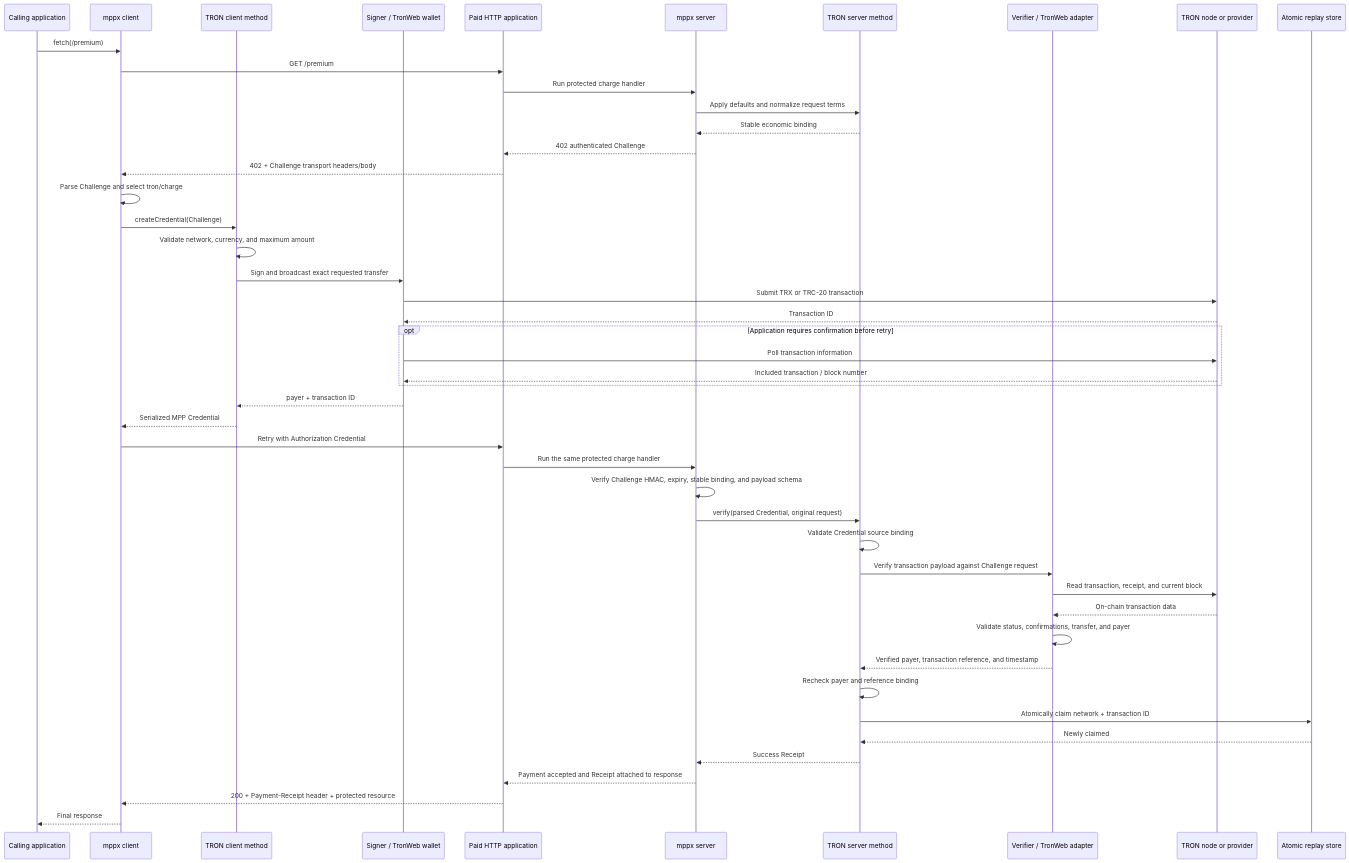
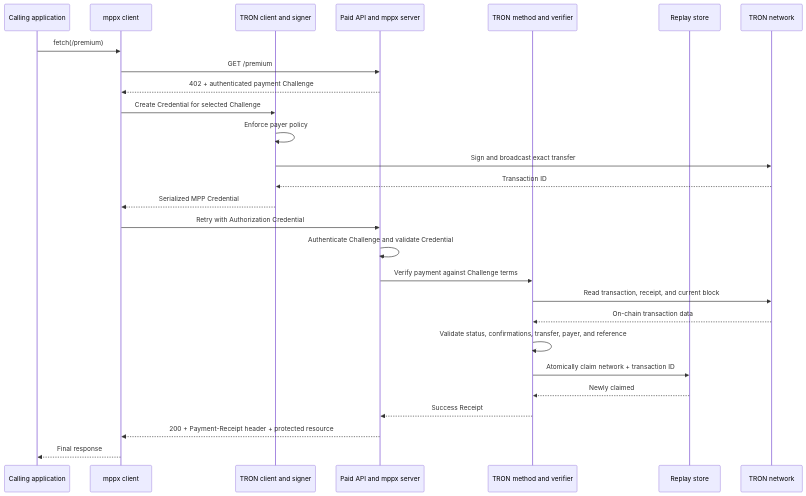
Before and after one commit to aziz1975/tron-mpp-sdk: the diagram in docs/END_TO_END_FLOW.md, drawn with Mermaid. The commit also changed other lines of this file, not shown here.

Commit message:
Updated flow diagram

````diff
--- a/docs/END_TO_END_FLOW.md
+++ b/docs/END_TO_END_FLOW.md
@@ -57,50 +57,30 @@
 ```mermaid
 sequenceDiagram
     participant App as Calling application
     participant MC as mppx client
-    participant TC as TRON client method
-    participant TW as Signer / TronWeb wallet
-    participant API as Paid HTTP application
-    participant MS as mppx server
-    participant TS as TRON server method
-    participant TV as Verifier / TronWeb adapter
-    participant Node as TRON node or provider
-    participant Store as Atomic replay store
+    participant TC as TRON client and signer
+    participant API as Paid API and mppx server
+    participant TS as TRON method and verifier
+    participant Store as Replay store
+    participant Node as TRON network
 
     App->>MC: fetch(/premium)
     MC->>API: GET /premium
-    API->>MS: Run protected charge handler
-    MS->>TS: Apply defaults and normalize request terms
-    TS-->>MS: Stable economic binding
-    MS-->>API: 402 authenticated Challenge
-    API-->>MC: 402 + Challenge transport headers/body
-    MC->>MC: Parse Challenge and select tron/charge
-    MC->>TC: createCredential(Challenge)
-    TC->>TC: Validate network, currency, and maximum amount
-    TC->>TW: Sign and broadcast exact requested transfer
-    TW->>Node: Submit TRX or TRC-20 transaction
-    Node-->>TW: Transaction ID
-    opt Application requires confirmation before retry
-        TW->>Node: Poll transaction information
-        Node-->>TW: Included transaction / block number
-    end
-    TW-->>TC: payer + transaction ID
+    API-->>MC: 402 + authenticated payment Challenge
+    MC->>TC: Create Credential for selected Challenge
+    TC->>TC: Enforce payer policy
+    TC->>Node: Sign and broadcast exact transfer
+    Node-->>TC: Transaction ID
     TC-->>MC: Serialized MPP Credential
     MC->>API: Retry with Authorization Credential
-    API->>MS: Run the same protected charge handler
-    MS->>MS: Verify Challenge HMAC, expiry, stable binding, and payload schema
-    MS->>TS: verify(parsed Credential, original request)
-    TS->>TS: Validate Credential source binding
-    TS->>TV: Verify transaction payload against Challenge request
-    TV->>Node: Read transaction, receipt, and current block
-    Node-->>TV: On-chain transaction data
-    TV->>TV: Validate status, confirmations, transfer, and payer
-    TV-->>TS: Verified payer, transaction reference, and timestamp
-    TS->>TS: Recheck payer and reference binding
+    API->>API: Authenticate Challenge and validate Credential
+    API->>TS: Verify payment against Challenge terms
+    TS->>Node: Read transaction, receipt, and current block
+    Node-->>TS: On-chain transaction data
+    TS->>TS: Validate status, confirmations, transfer, payer, and reference
     TS->>Store: Atomically claim network + transaction ID
     Store-->>TS: Newly claimed
-    TS-->>MS: Success Receipt
-    MS-->>API: Payment accepted and Receipt attached to response
+    TS-->>API: Success Receipt
     API-->>MC: 200 + Payment-Receipt header + protected resource
     MC-->>App: Final response
 ```
````
